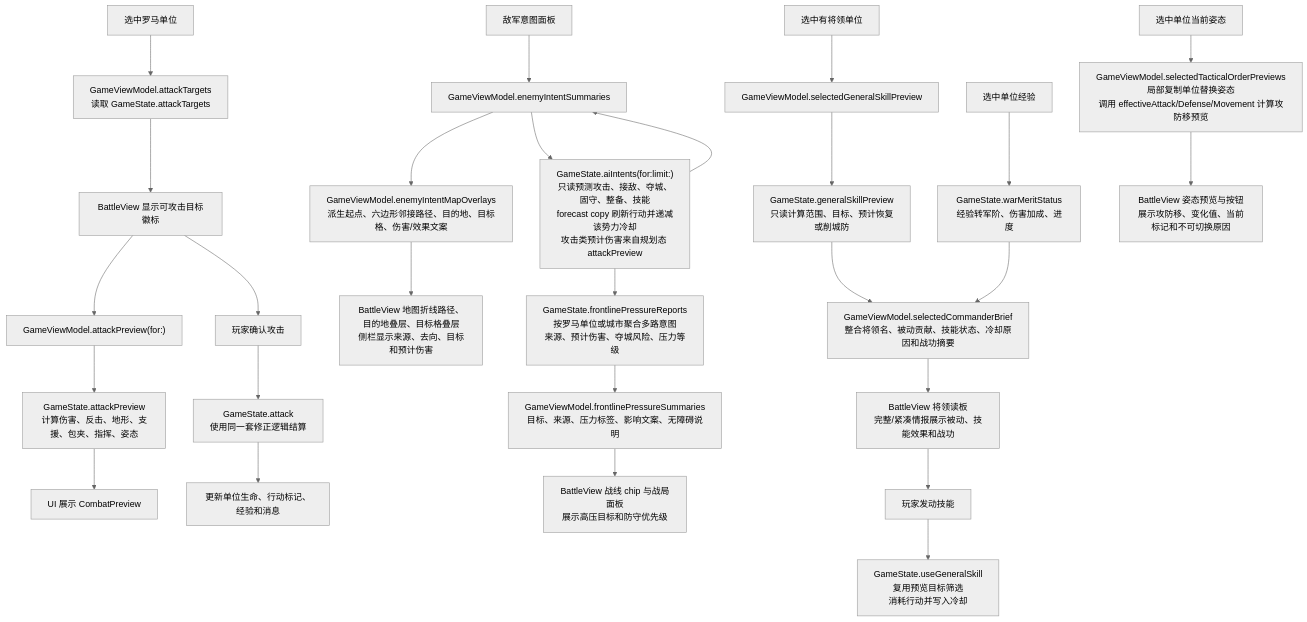
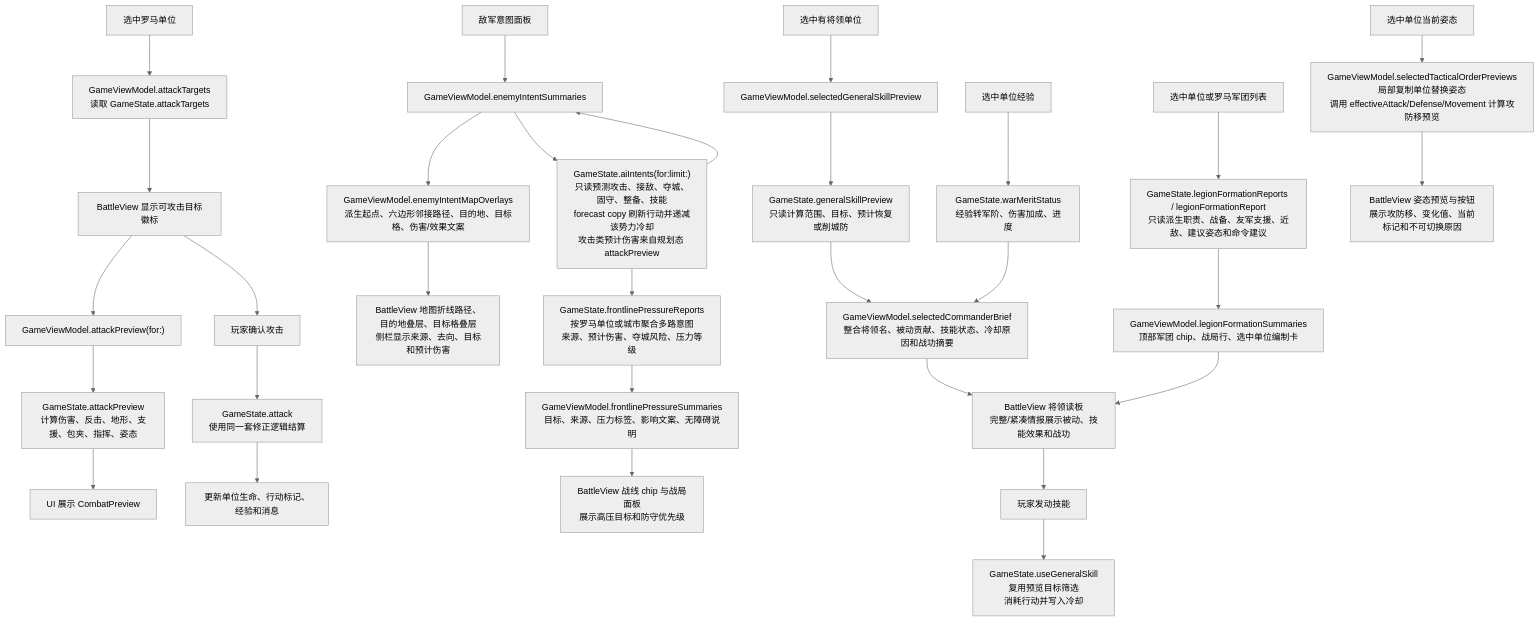
Before and after one commit to Altman-sam114/119: the third of 7 diagrams in md/flow/flowchart.md, drawn with Mermaid (neutral theme). The commit also changed other lines of this file and 14 other files, not shown here.

````diff
--- a/md/flow/flowchart.md
+++ b/md/flow/flowchart.md
@@ -44,33 +44,37 @@
 ```mermaid
 flowchart TD
     A["选中罗马单位"] --> B["GameViewModel.attackTargets<br/>读取 GameState.attackTargets"]
     B --> C["BattleView 显示可攻击目标徽标"]
     C --> D["GameViewModel.attackPreview(for:)"]
     D --> E["GameState.attackPreview<br/>计算伤害、反击、地形、支援、包夹、指挥、姿态"]
     E --> F["UI 展示 CombatPreview"]
     C --> G["玩家确认攻击"]
     G --> H["GameState.attack<br/>使用同一套修正逻辑结算"]
     H --> I["更新单位生命、行动标记、经验和消息"]
 
     J["敌军意图面板"] --> K["GameViewModel.enemyIntentSummaries"]
     K --> L["GameState.aiIntents(for:limit:)<br/>只读预测攻击、接敌、夺城、固守、整备、技能<br/>forecast copy 刷新行动并递减该势力冷却<br/>攻击类预计伤害来自规划态 attackPreview"]
     K --> M["GameViewModel.enemyIntentMapOverlays<br/>派生起点、六边形邻接路径、目的地、目标格、伤害/效果文案"]
     L --> K
     M --> W["BattleView 地图折线路径、目的地叠层、目标格叠层<br/>侧栏显示来源、去向、目标和预计伤害"]
     L --> AB["GameState.frontlinePressureReports<br/>按罗马单位或城市聚合多路意图<br/>来源、预计伤害、夺城风险、压力等级"]
     AB --> AC["GameViewModel.frontlinePressureSummaries<br/>目标、来源、压力标签、影响文案、无障碍说明"]
     AC --> AD["BattleView 战线 chip 与战局面板<br/>展示高压目标和防守优先级"]
 
     N["选中有将领单位"] --> O["GameViewModel.selectedGeneralSkillPreview"]
     O --> P["GameState.generalSkillPreview<br/>只读计算范围、目标、预计恢复或削城防"]
     P --> Q["GameViewModel.selectedCommanderBrief<br/>整合将领名、被动贡献、技能状态、冷却原因和战功摘要"]
     Q --> X["BattleView 将领读板<br/>完整/紧凑情报展示被动、技能效果和战功"]
     X --> R["玩家发动技能"]
     R --> S["GameState.useGeneralSkill<br/>复用预览目标筛选<br/>消耗行动并写入冷却"]
 
     T["选中单位经验"] --> U["GameState.warMeritStatus<br/>经验转军阶、伤害加成、进度"]
     U --> Q
 
+    AE["选中单位或罗马军团列表"] --> AF["GameState.legionFormationReports / legionFormationReport<br/>只读派生职责、战备、友军支援、近敌、建议姿态和命令建议"]
+    AF --> AG["GameViewModel.legionFormationSummaries<br/>顶部军团 chip、战局行、选中单位编制卡"]
+    AG --> X
+
     Y["选中单位当前姿态"] --> Z["GameViewModel.selectedTacticalOrderPreviews<br/>局部复制单位替换姿态<br/>调用 effectiveAttack/Defense/Movement 计算攻防移预览"]
     Z --> AA["BattleView 姿态预览与按钮<br/>展示攻防移、变化值、当前标记和不可切换原因"]
 ```
````
